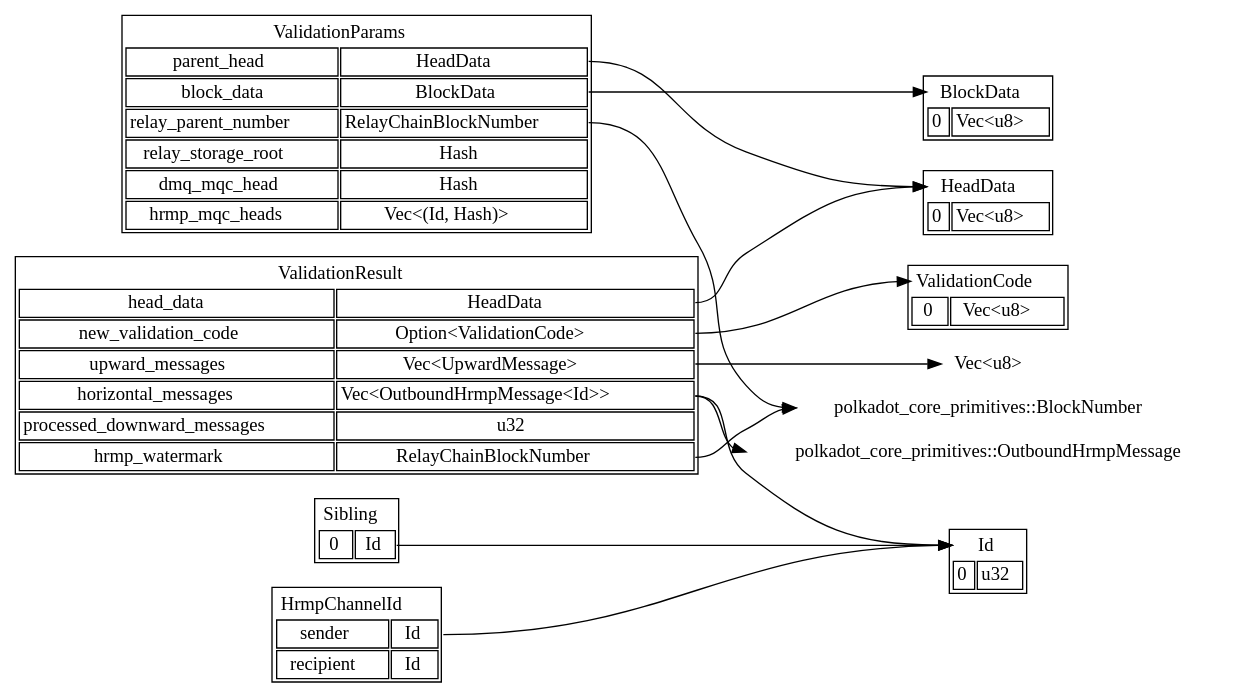
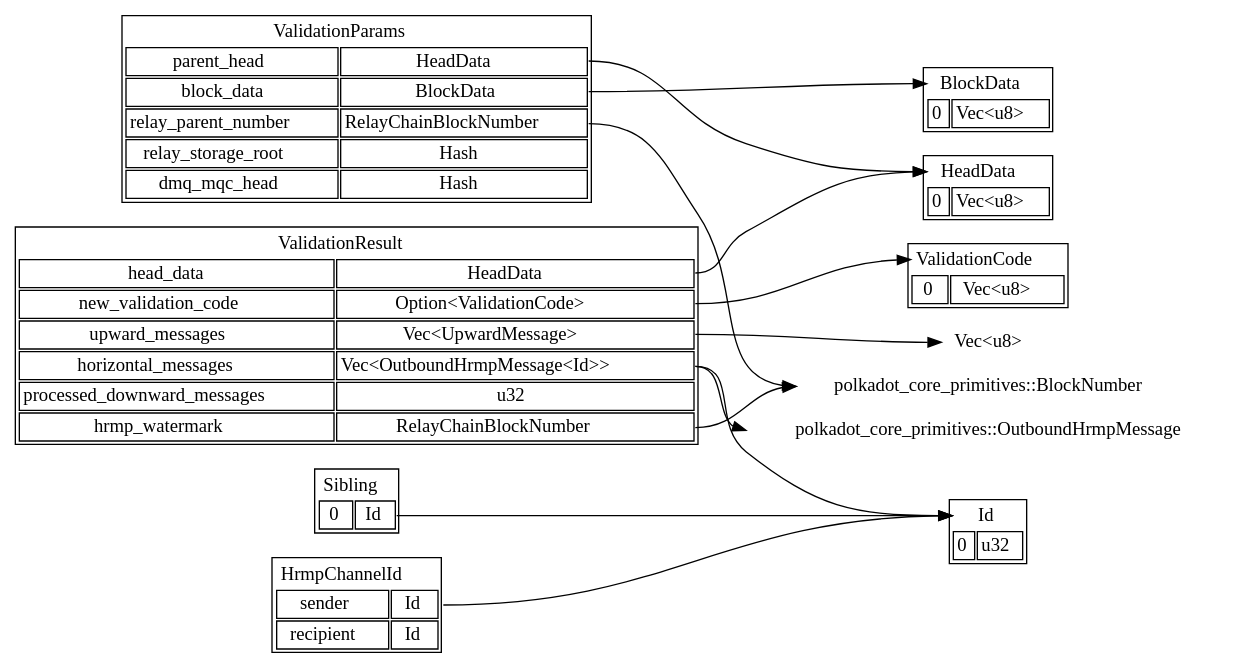
One commit to paritytech/polkadot changed the second of 2 diagrams in roadmap/implementers-guide/src/types/README.md. Above: the diagram before and after it, drawn with Graphviz. The commit also changed other lines of this file and 12 other files, not shown here.

Commit message:
PersistedValidationData: Remove HRMP MQC heads

```diff
--- a/roadmap/implementers-guide/src/types/README.md
+++ b/roadmap/implementers-guide/src/types/README.md
@@ -404,7 +401,6 @@
             <tr><td>relay_parent_number</td><td port="relay_parent_number">RelayChainBlockNumber</td></tr>
             <tr><td>relay_storage_root</td><td port="relay_storage_root">Hash</td></tr>
             <tr><td>dmq_mqc_head</td><td port="dmq_mqc_head">Hash</td></tr>
-            <tr><td>hrmp_mqc_heads</td><td port="hrmp_mqc_heads">Vec&lt;(Id, Hash)&gt;</td></tr>
         </table>
     >]
 
```
